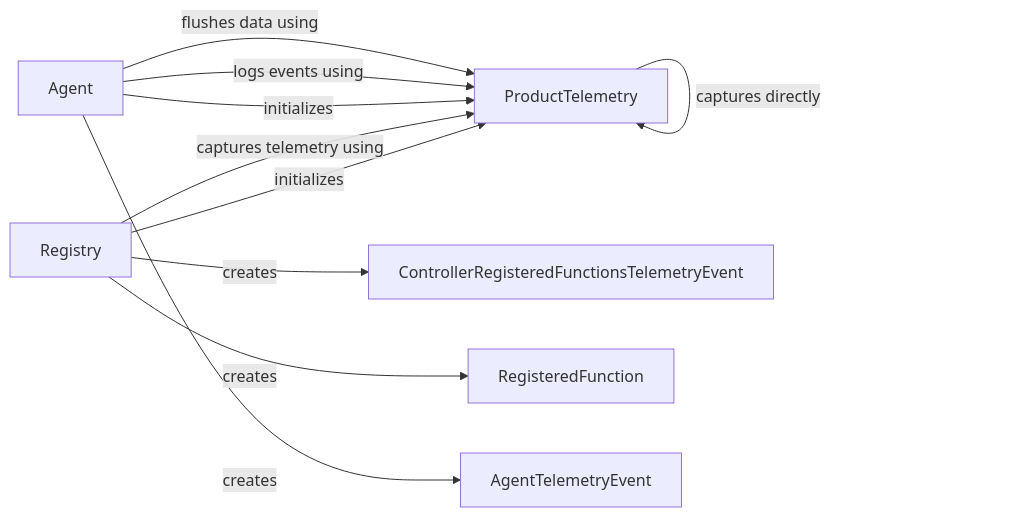
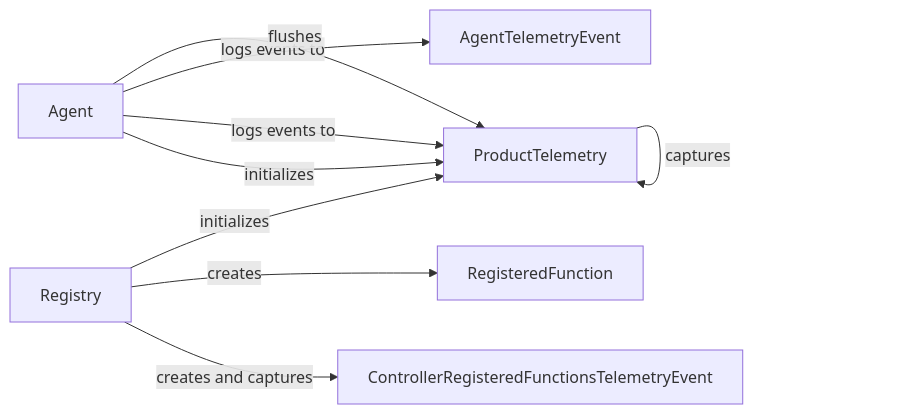
The diagram in browser-use/Telemetry Service.md (CodeBoarding/GeneratedOnBoardings), drawn with Mermaid before and after one commit. The commit also changed other lines of this file and 10 other files, not shown here.

````diff
--- a/browser-use/Telemetry Service.md
+++ b/browser-use/Telemetry Service.md
@@ -1,24 +1,23 @@
 ```mermaid
 graph LR
+    Registry["Registry"]
     ProductTelemetry["ProductTelemetry"]
-    Registry["Registry"]
     Agent["Agent"]
     ControllerRegisteredFunctionsTelemetryEvent["ControllerRegisteredFunctionsTelemetryEvent"]
     RegisteredFunction["RegisteredFunction"]
     AgentTelemetryEvent["AgentTelemetryEvent"]
+    Registry -- "creates and captures" --> ControllerRegisteredFunctionsTelemetryEvent
+    Registry -- "creates" --> RegisteredFunction
+    ProductTelemetry -- "captures" --> ProductTelemetry
+    Agent -- "initializes" --> ProductTelemetry
+    Agent -- "logs events to" --> ProductTelemetry
+    Agent -- "logs events to" --> AgentTelemetryEvent
+    Agent -- "flushes" --> ProductTelemetry
     Registry -- "initializes" --> ProductTelemetry
-    Registry -- "captures telemetry using" --> ProductTelemetry
-    Registry -- "creates" --> ControllerRegisteredFunctionsTelemetryEvent
-    Registry -- "creates" --> RegisteredFunction
-    ProductTelemetry -- "captures directly" --> ProductTelemetry
-    Agent -- "initializes" --> ProductTelemetry
-    Agent -- "logs events using" --> ProductTelemetry
-    Agent -- "creates" --> AgentTelemetryEvent
-    Agent -- "flushes data using" --> ProductTelemetry
+    click Registry href "https://github.com/CodeBoarding/GeneratedOnBoardings/blob/main/browser-use/Registry.md" "Details"
     click ProductTelemetry href "https://github.com/CodeBoarding/GeneratedOnBoardings/blob/main/browser-use/ProductTelemetry.md" "Details"
-    click Registry href "https://github.com/CodeBoarding/GeneratedOnBoardings/blob/main/browser-use/Registry.md" "Details"
     click Agent href "https://github.com/CodeBoarding/GeneratedOnBoardings/blob/main/browser-use/Agent.md" "Details"
     click ControllerRegisteredFunctionsTelemetryEvent href "https://github.com/CodeBoarding/GeneratedOnBoardings/blob/main/browser-use/ControllerRegisteredFunctionsTelemetryEvent.md" "Details"
     click RegisteredFunction href "https://github.com/CodeBoarding/GeneratedOnBoardings/blob/main/browser-use/RegisteredFunction.md" "Details"
     click AgentTelemetryEvent href "https://github.com/CodeBoarding/GeneratedOnBoardings/blob/main/browser-use/AgentTelemetryEvent.md" "Details"
 ```
````
